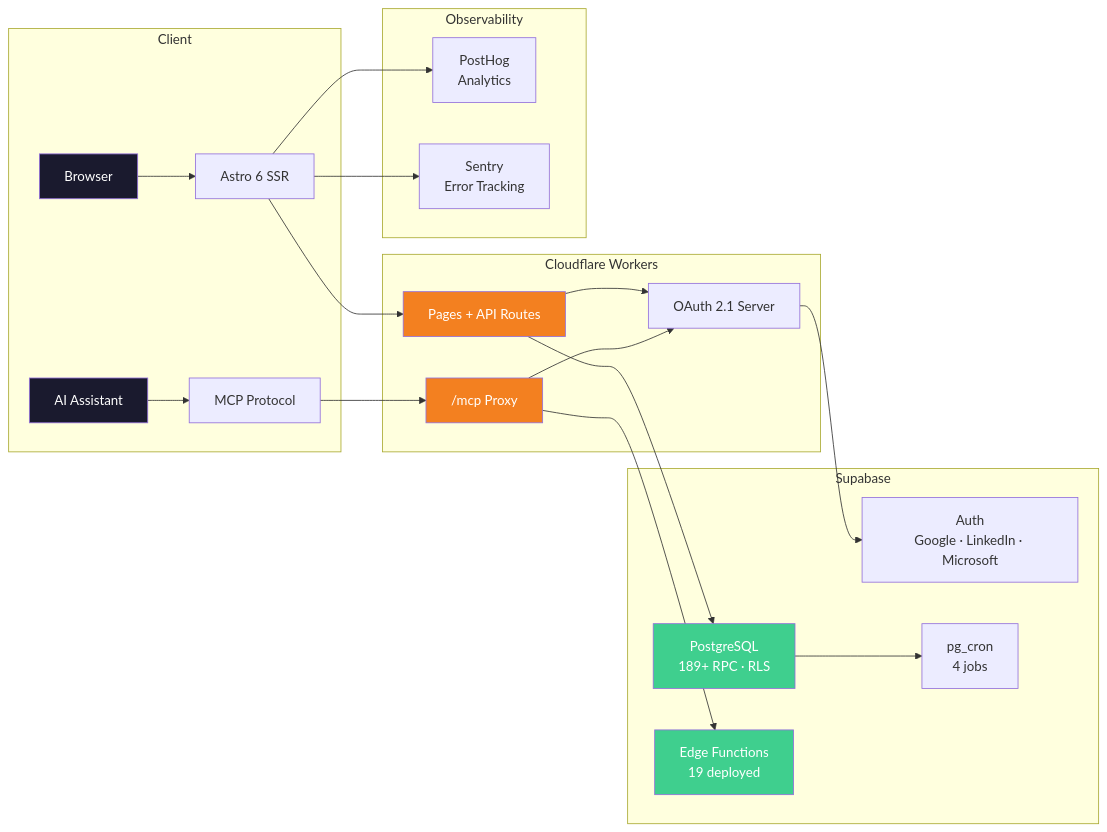
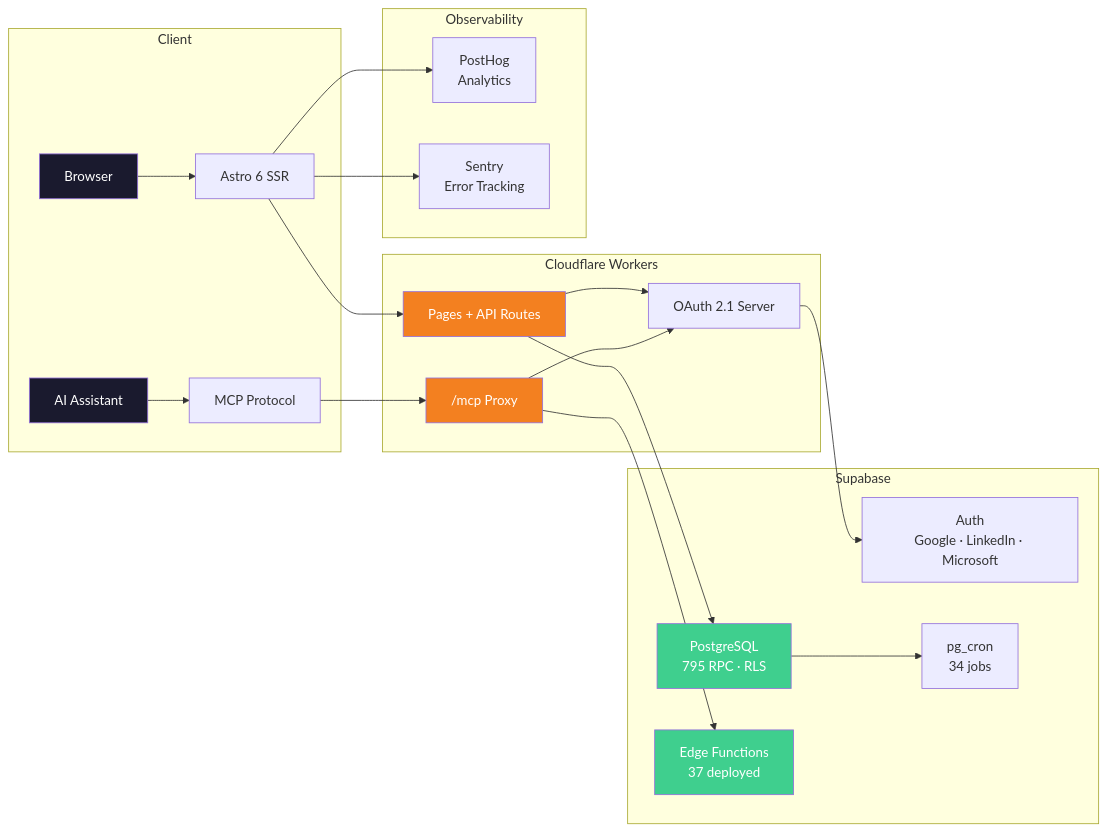
Before and after one commit to VitorMRodovalho/ai-pm-research-hub: the first of 2 diagrams in README.es.md, drawn with Mermaid. The commit also changed other lines of this file and 9 other files, not shown here.

````diff
--- a/README.es.md
+++ b/README.es.md
@@ -67,33 +67,33 @@
 ```mermaid
 graph LR
     subgraph Client
         A[Browser] --> B[Astro 6 SSR]
         C[AI Assistant] --> D[MCP Protocol]
     end
 
     subgraph "Cloudflare Workers"
         B --> E[Pages + API Routes]
         D --> F["/mcp Proxy"]
         E --> G[OAuth 2.1 Server]
         F --> G
     end
 
     subgraph "Supabase"
         G --> H[Auth<br/>Google · LinkedIn · Microsoft]
-        E --> I[PostgreSQL<br/>189+ RPC · RLS]
-        F --> J[Edge Functions<br/>19 deployed]
-        I --> K[pg_cron<br/>4 jobs]
+        E --> I[PostgreSQL<br/>795 RPC · RLS]
+        F --> J[Edge Functions<br/>37 deployed]
+        I --> K[pg_cron<br/>34 jobs]
     end
 
     subgraph "Observability"
         B --> L[PostHog<br/>Analytics]
         B --> M[Sentry<br/>Error Tracking]
     end
 
     style A fill:#1a1a2e,color:#fff
     style C fill:#1a1a2e,color:#fff
     style E fill:#F38020,color:#fff
     style F fill:#F38020,color:#fff
     style I fill:#3FCF8E,color:#fff
     style J fill:#3FCF8E,color:#fff
 ```
````
